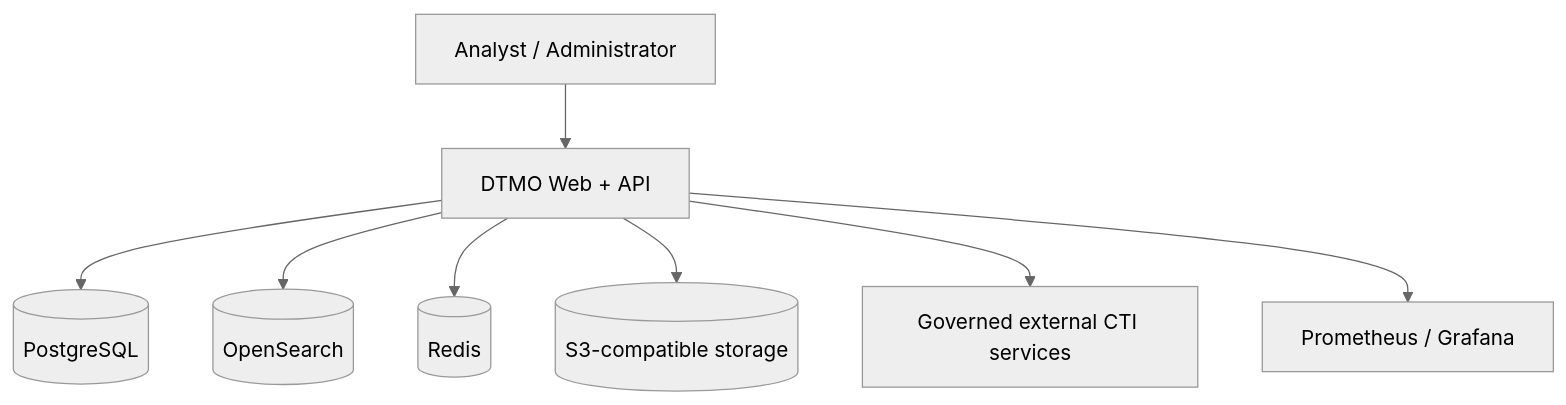
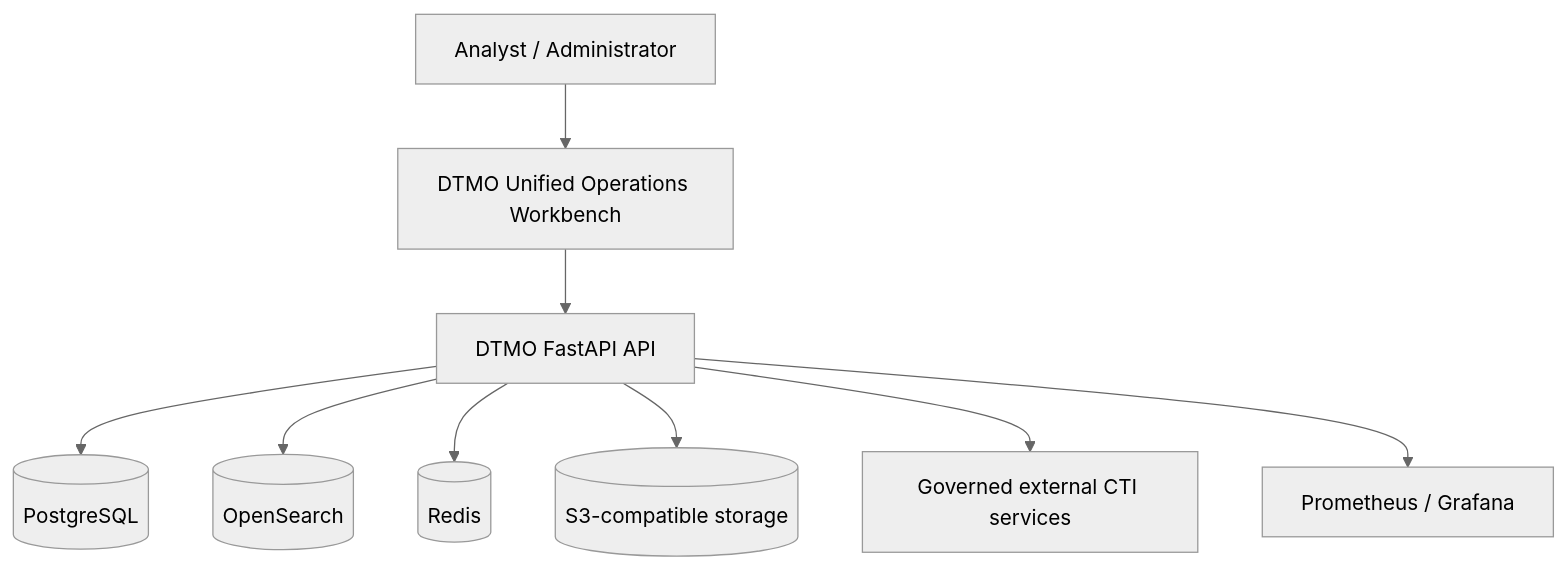
The third of 3 diagrams in README.md (GJvManen/dtmo), drawn with Mermaid (neutral theme) before and after one commit. The commit also changed other lines of this file, not shown here.

Commit message:
docs: expose active Unified Operations Workbench architecture

````diff
--- a/README.md
+++ b/README.md
@@ -119,10 +128,11 @@
 ```mermaid
 flowchart TB
-    U[Analyst / Administrator] --> W[DTMO Web + API]
-    W --> PG[(PostgreSQL)]
-    W --> OS[(OpenSearch)]
-    W --> R[(Redis)]
-    W --> S3[(S3-compatible storage)]
-    W --> X[Governed external CTI services]
-    W --> O[Prometheus / Grafana]
+    U[Analyst / Administrator] --> W[DTMO Unified Operations Workbench]
+    W --> API[DTMO FastAPI API]
+    API --> PG[(PostgreSQL)]
+    API --> OS[(OpenSearch)]
+    API --> R[(Redis)]
+    API --> S3[(S3-compatible storage)]
+    API --> X[Governed external CTI services]
+    API --> O[Prometheus / Grafana]
 ```
````
